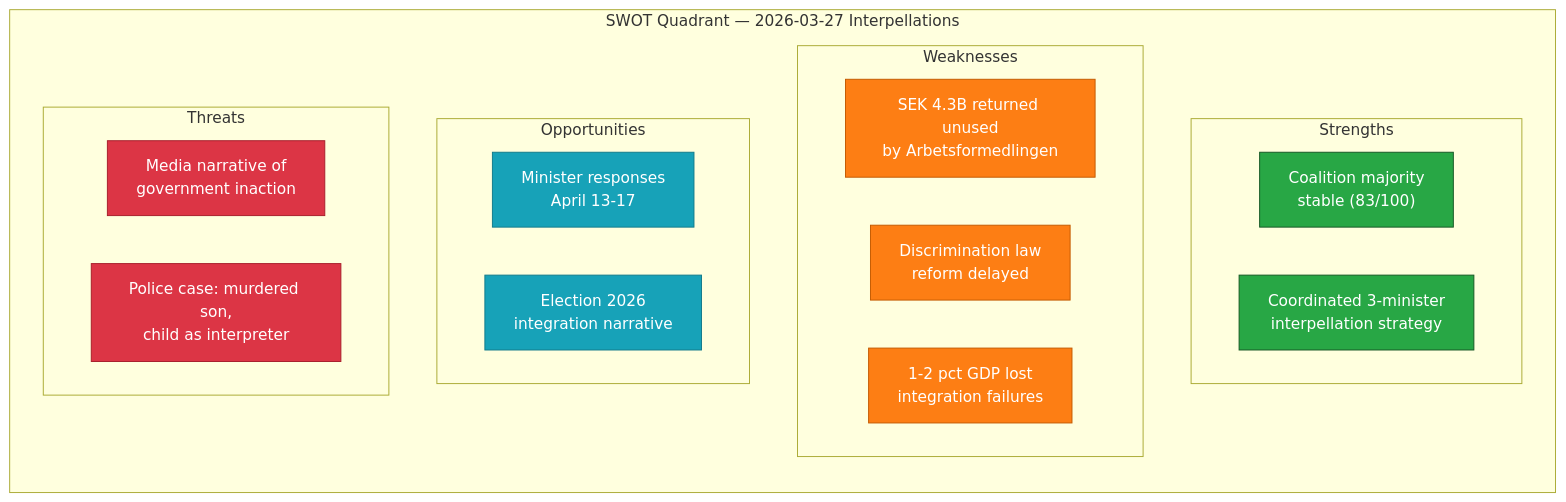
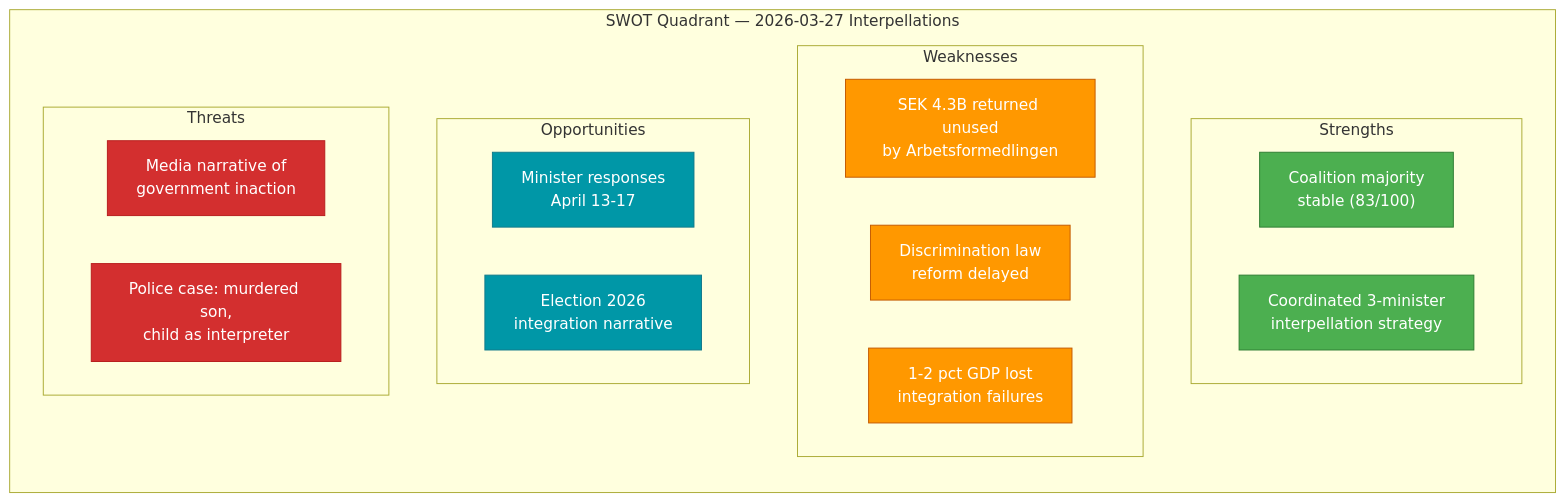
Before and after one commit to Hack23/riksdagsmonitor: the diagram in analysis/daily/2026-03-27/interpellations/swot-analysis.md, drawn with Mermaid. The commit also changed 785 other files, not shown here.

First line of the commit message:
Normalize mermaid colors across 786 analysis artifacts to ISMS Style Guide palette

````diff
--- a/analysis/daily/2026-03-27/interpellations/swot-analysis.md
+++ b/analysis/daily/2026-03-27/interpellations/swot-analysis.md
@@ -85,32 +85,32 @@
 ```mermaid
 graph TD
     subgraph "SWOT Quadrant — 2026-03-27 Interpellations"
         direction TB
         subgraph "Strengths"
             GS1["Coalition majority<br/>stable (83/100)"]
             OS1["Coordinated 3-minister<br/>interpellation strategy"]
         end
         subgraph "Weaknesses"
             GW1["SEK 4.3B returned unused<br/>by Arbetsformedlingen"]
             GW2["Discrimination law<br/>reform delayed"]
             GW3["1-2 pct GDP lost<br/>integration failures"]
         end
         subgraph "Opportunities"
             GO1["Minister responses<br/>April 13-17"]
             OO1["Election 2026<br/>integration narrative"]
         end
         subgraph "Threats"
             GT1["Media narrative of<br/>government inaction"]
             GT2["Police case: murdered son,<br/>child as interpreter"]
         end
     end
-    style GS1 fill:#28a745,color:#fff,stroke:#155724
-    style OS1 fill:#28a745,color:#fff,stroke:#155724
-    style GW1 fill:#fd7e14,color:#fff,stroke:#c35a00
-    style GW2 fill:#fd7e14,color:#fff,stroke:#c35a00
-    style GW3 fill:#fd7e14,color:#fff,stroke:#c35a00
-    style GO1 fill:#17a2b8,color:#fff,stroke:#117a8b
-    style OO1 fill:#17a2b8,color:#fff,stroke:#117a8b
-    style GT1 fill:#dc3545,color:#fff,stroke:#a71d2a
-    style GT2 fill:#dc3545,color:#fff,stroke:#a71d2a
+    style GS1 fill:#4CAF50,color:#FFFFFF,stroke:#2E7D32
+    style OS1 fill:#4CAF50,color:#FFFFFF,stroke:#2E7D32
+    style GW1 fill:#FF9800,color:#FFFFFF,stroke:#c35a00
+    style GW2 fill:#FF9800,color:#FFFFFF,stroke:#c35a00
+    style GW3 fill:#FF9800,color:#FFFFFF,stroke:#c35a00
+    style GO1 fill:#0097A7,color:#FFFFFF,stroke:#117a8b
+    style OO1 fill:#0097A7,color:#FFFFFF,stroke:#117a8b
+    style GT1 fill:#D32F2F,color:#FFFFFF,stroke:#B71C1C
+    style GT2 fill:#D32F2F,color:#FFFFFF,stroke:#B71C1C
 ```
````
